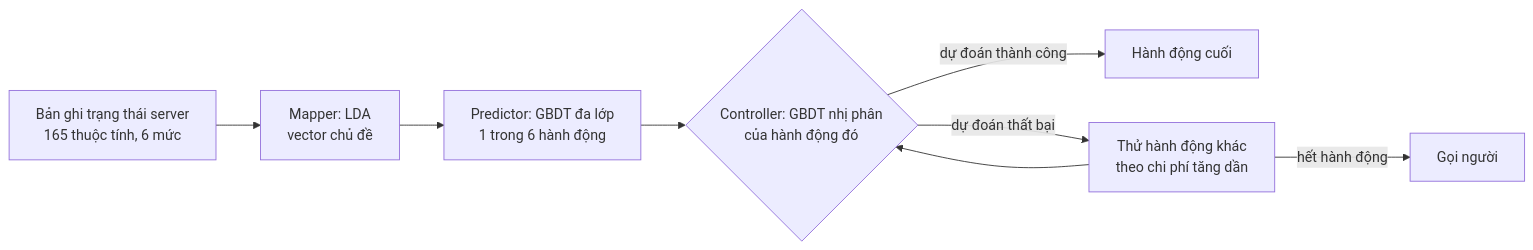
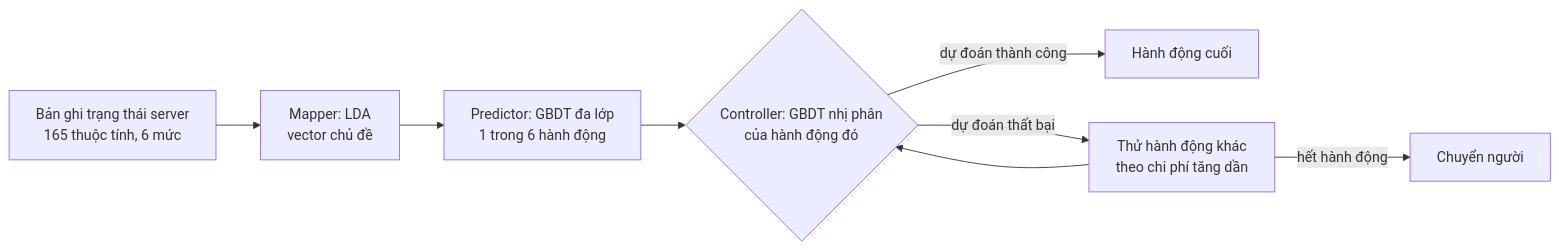
One commit to Benjaminnhnn/Building-a-safe-and-verifiable-AI-agent-framework-for-infrastructure-operations changed the diagram in thesis/chuong-2-co-so-ly-thuyet.md. Above: the diagram before and after it, drawn with Mermaid. The commit also changed other lines of this file and 13 other files, not shown here.

````diff
--- a/thesis/chuong-2-co-so-ly-thuyet.md
+++ b/thesis/chuong-2-co-so-ly-thuyet.md
@@ -74,10 +74,10 @@
 ```mermaid
 flowchart LR
     A["Bản ghi trạng thái server<br/>165 thuộc tính, 6 mức"] --> B["Mapper: LDA<br/>vector chủ đề"]
     B --> C["Predictor: GBDT đa lớp<br/>1 trong 6 hành động"]
     C --> D{"Controller: GBDT nhị phân<br/>của hành động đó"}
     D -->|"dự đoán thành công"| E["Hành động cuối"]
     D -->|"dự đoán thất bại"| F["Thử hành động khác<br/>theo chi phí tăng dần"]
     F --> D
-    F -->|"hết hành động"| G["Gọi người"]
+    F -->|"hết hành động"| G["Chuyển người"]
 ```
````
